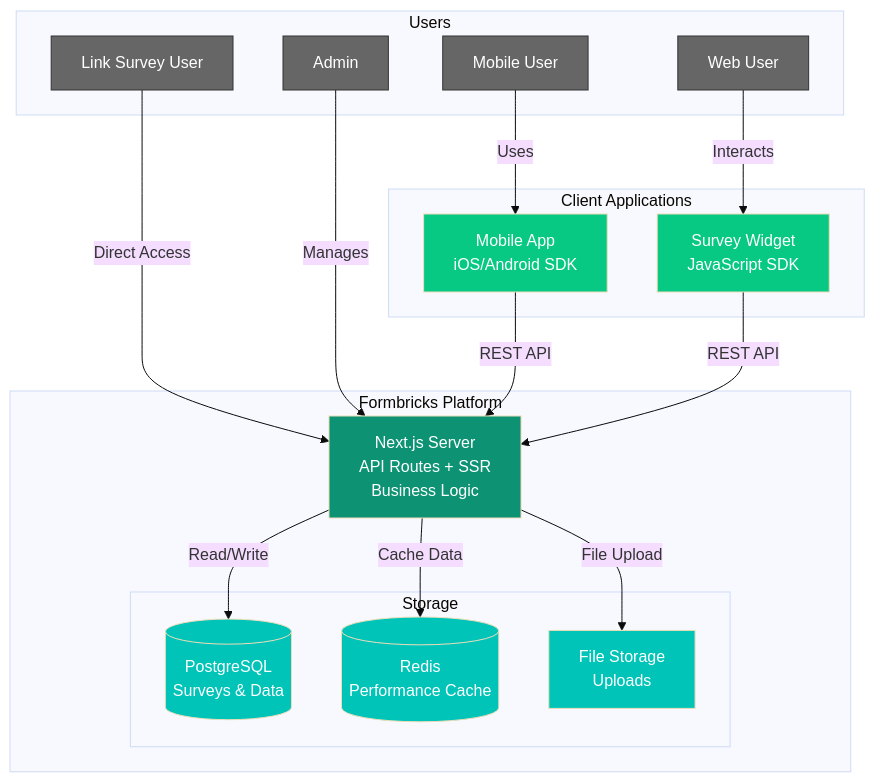
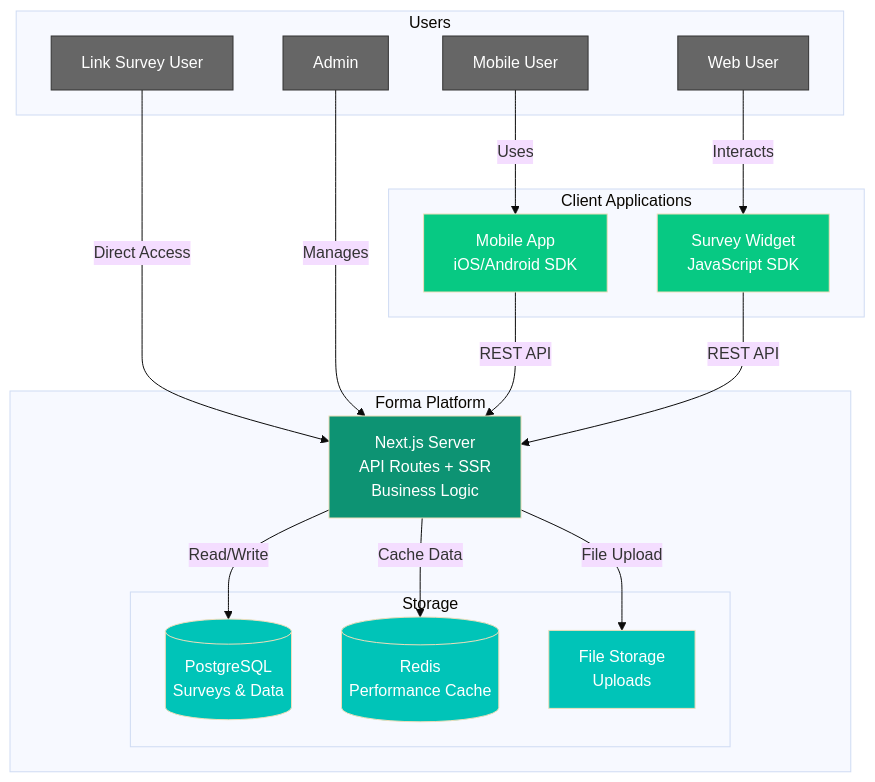
The diagram in docs/development/technical-handbook/overview.mdx (yldm-tech/forma), drawn with Mermaid (base theme) before and after one commit. The commit also changed other lines of this file and 2576 other files, not shown here.

First line of the commit message:
feat: rebrand Formbricks to Forma

````diff
--- a/docs/development/technical-handbook/overview.mdx
+++ b/docs/development/technical-handbook/overview.mdx
@@ -13,46 +13,46 @@
 ```mermaid
 graph TD
     subgraph Users
         MU[Mobile User]
         WU[Web User]
         LSU[Link Survey User]
         AD[Admin]
     end
 
     subgraph Client Applications
         MA[Mobile App\niOS/Android SDK]
         SW[Survey Widget\nJavaScript SDK]
     end
 
-    subgraph Formbricks Platform
+    subgraph Forma Platform
         NS[Next.js Server\nAPI Routes + SSR\nBusiness Logic]
 
         subgraph Storage
             DB[(PostgreSQL\nSurveys & Data)]
             RC[(Redis\nPerformance Cache)]
             FS[File Storage\nUploads]
         end
     end
 
     MU --> |Uses| MA
     WU --> |Interacts| SW
     LSU --> |Direct Access| NS
     AD --> |Manages| NS
 
     MA --> |REST API| NS
     SW --> |REST API| NS
 
     NS --> |Cache Data| RC
     NS --> |Read/Write| DB
     NS --> |File Upload| FS
 
     style DB fill:#00C4B8,color:#ffffff
     style RC fill:#00C4B8,color:#ffffff
     style FS fill:#00C4B8,color:#ffffff
     style NS fill:#0D9373,color:#ffffff
     style MA fill:#07C983,color:#ffffff
     style SW fill:#07C983,color:#ffffff
 
     classDef user fill:#666,color:#fff,stroke:#333
     class MU,WU,LSU,AD user
 ```
````
